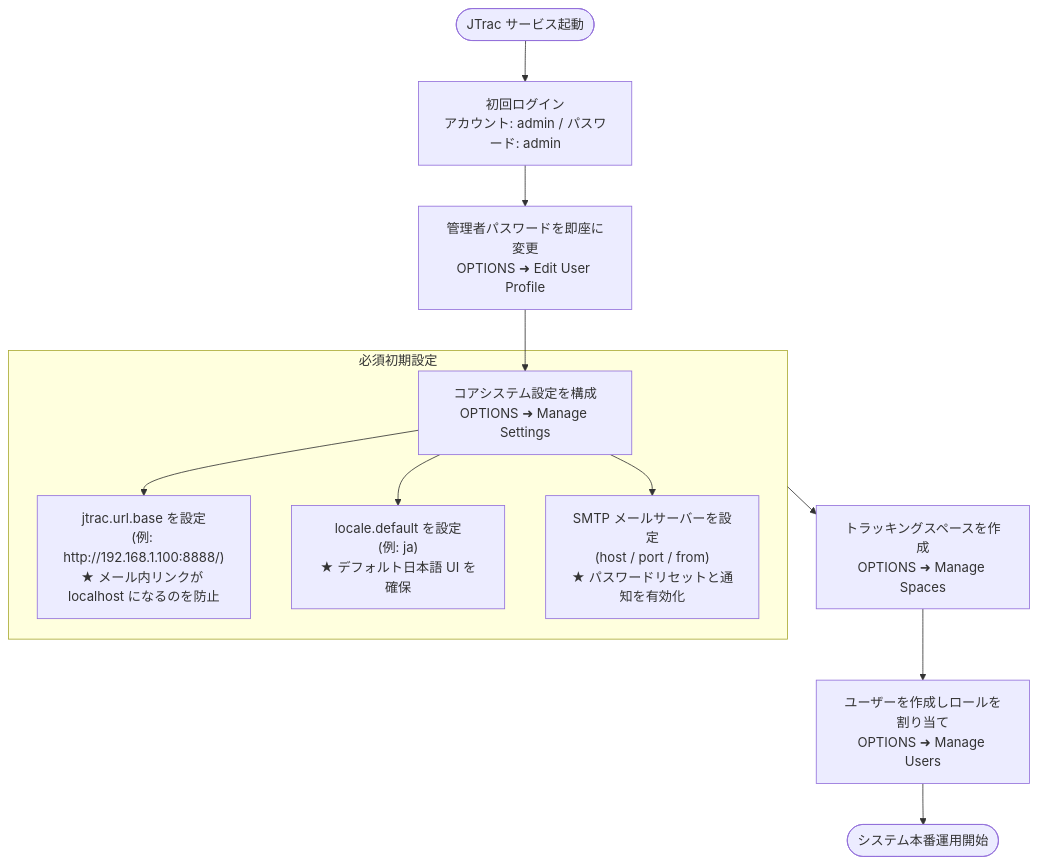
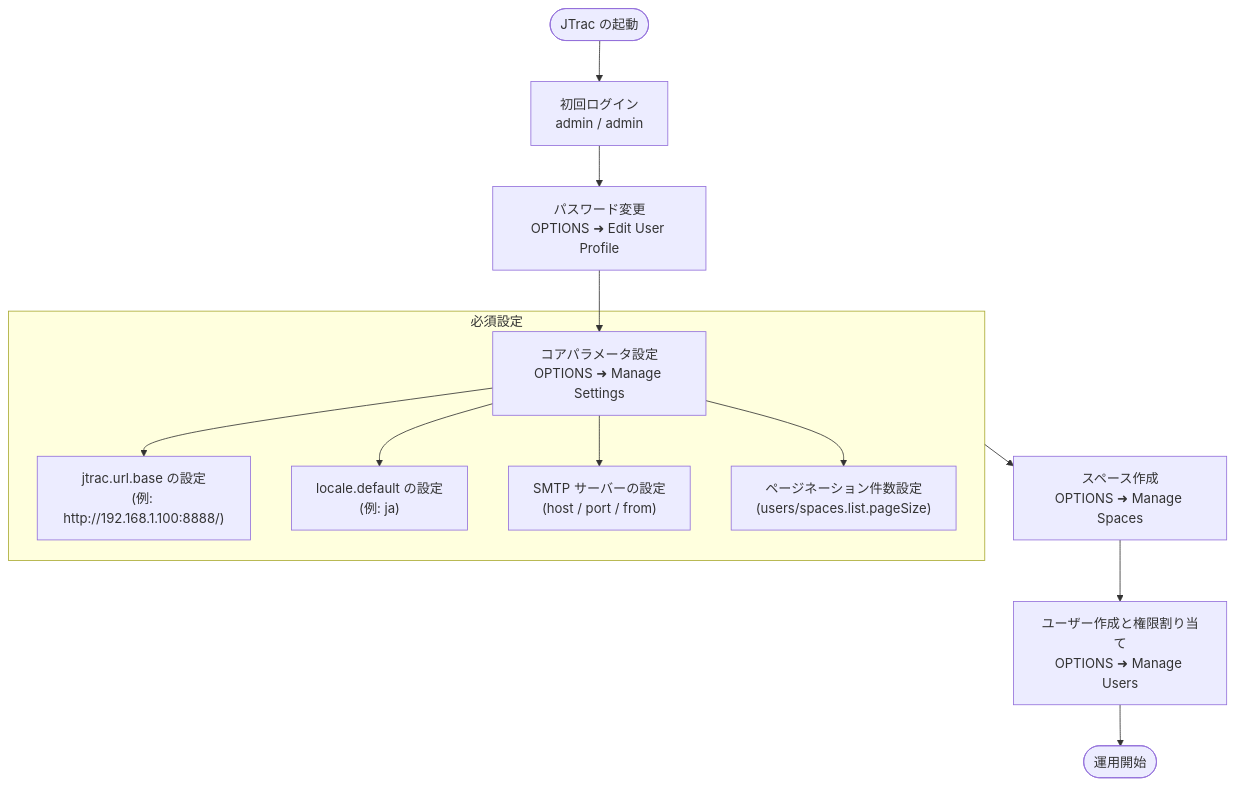
Before and after one commit to WilliamFromTW/jtrac: the diagram in docs/admin/ADMIN_GUIDE_ja.md, drawn with Mermaid. The commit also changed other lines of this file and 57 other files, not shown here.

````diff
--- a/docs/admin/ADMIN_GUIDE_ja.md
+++ b/docs/admin/ADMIN_GUIDE_ja.md
@@ -83,16 +57,17 @@
 ```mermaid
 flowchart TD
-    Start([JTrac サービス起動]) --> Login[初回ログイン<br/>アカウント: admin / パスワード: admin]
-    Login --> ChangePwd[管理者パスワードを即座に変更<br/>OPTIONS ➜ Edit User Profile]
-    ChangePwd --> ConfigSettings[コアシステム設定を構成<br/>OPTIONS ➜ Manage Settings]
+    Start([JTrac の起動]) --> Login[初回ログイン<br/>admin / admin]
+    Login --> ChangePwd[パスワード変更<br/>OPTIONS ➜ Edit User Profile]
+    ChangePwd --> ConfigSettings[コアパラメータ設定<br/>OPTIONS ➜ Manage Settings]
     
-    subgraph CriticalSettings [必須初期設定]
-        ConfigSettings --> SetUrlBase["jtrac.url.base を設定<br/>(例: http://192.168.1.100:8888/)<br/>★ メール内リンクが localhost になるのを防止"]
-        ConfigSettings --> SetLocale["locale.default を設定<br/>(例: ja)<br/>★ デフォルト日本語 UI を確保"]
-        ConfigSettings --> SetSMTP["SMTP メールサーバーを設定<br/>(host / port / from)<br/>★ パスワードリセットと通知を有効化"]
+    subgraph CriticalSettings [必須設定]
+        ConfigSettings --> SetUrlBase["jtrac.url.base の設定<br/>(例: http://192.168.1.100:8888/)"]
+        ConfigSettings --> SetLocale["locale.default の設定<br/>(例: ja)"]
+        ConfigSettings --> SetSMTP["SMTP サーバーの設定<br/>(host / port / from)"]
+        ConfigSettings --> SetPaging["ページネーション件数設定<br/>(users/spaces.list.pageSize)"]
     end
     
-    CriticalSettings --> CreateSpaces[トラッキングスペースを作成<br/>OPTIONS ➜ Manage Spaces]
-    CreateSpaces --> CreateUsers[ユーザーを作成しロールを割り当て<br/>OPTIONS ➜ Manage Users]
-    CreateUsers --> Finish([システム本番運用開始])
+    CriticalSettings --> CreateSpaces[スペース作成<br/>OPTIONS ➜ Manage Spaces]
+    CreateSpaces --> CreateUsers[ユーザー作成と権限割り当て<br/>OPTIONS ➜ Manage Users]
+    CreateUsers --> Finish([運用開始])
 ```
````
